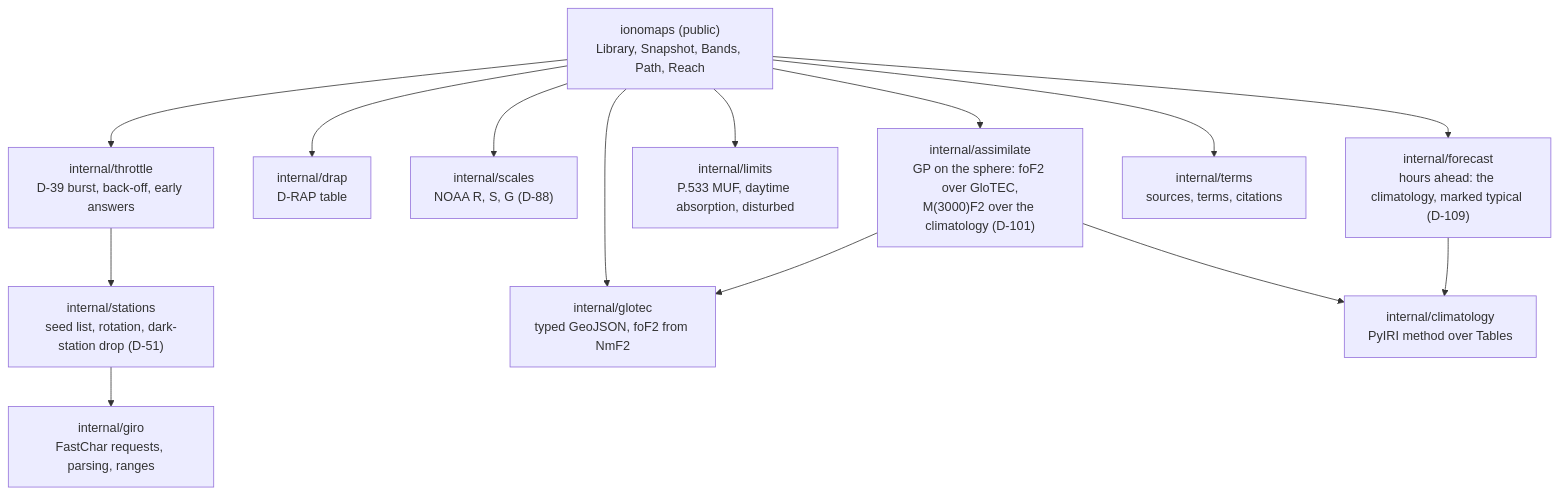
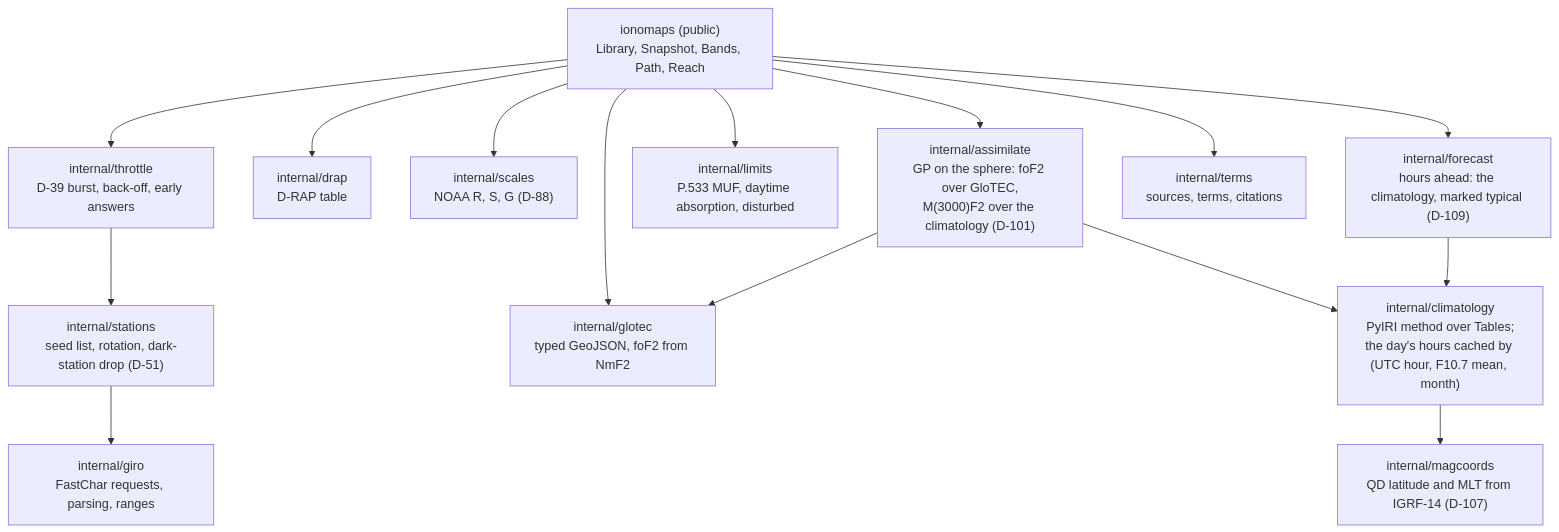
Before and after one commit to branden-thompson/go-giro-data: the diagram in 06_docs/02_features/go-ionomaps/03-architecture-design/design.md, drawn with Mermaid. The commit also changed other lines of this file and 9 other files, not shown here.

````diff
--- a/06_docs/02_features/go-ionomaps/03-architecture-design/design.md
+++ b/06_docs/02_features/go-ionomaps/03-architecture-design/design.md
@@ -19,25 +19,27 @@
 ```mermaid
 flowchart TB
   API["ionomaps (public)<br/>Library, Snapshot, Bands, Path, Reach"]
   THR["internal/throttle<br/>D-39 burst, back-off, early answers"]
   ST["internal/stations<br/>seed list, rotation, dark-station drop (D-51)"]
   GIRO["internal/giro<br/>FastChar requests, parsing, ranges"]
   GT["internal/glotec<br/>typed GeoJSON, foF2 from NmF2"]
   DR["internal/drap<br/>D-RAP table"]
   SC["internal/scales<br/>NOAA R, S, G (D-88)"]
-  CL["internal/climatology<br/>PyIRI method over Tables"]
+  CL["internal/climatology<br/>PyIRI method over Tables;<br/>the day's hours cached by (UTC hour, F10.7 mean, month)"]
+  MC["internal/magcoords<br/>QD latitude and MLT from IGRF-14 (D-107)"]
   AS["internal/assimilate<br/>GP on the sphere: foF2 over GloTEC,<br/>M(3000)F2 over the climatology (D-101)"]
   LIM["internal/limits<br/>P.533 MUF, daytime absorption, disturbed"]
   FC["internal/forecast<br/>hours ahead: the climatology, marked typical (D-109)"]
   TM["internal/terms<br/>sources, terms, citations"]
   API --> THR --> ST --> GIRO
   API --> GT
   API --> DR
   API --> SC
   API --> AS
   AS --> GT
   AS --> CL
   API --> LIM
   API --> FC --> CL
+  CL --> MC
   API --> TM
 ```
````
